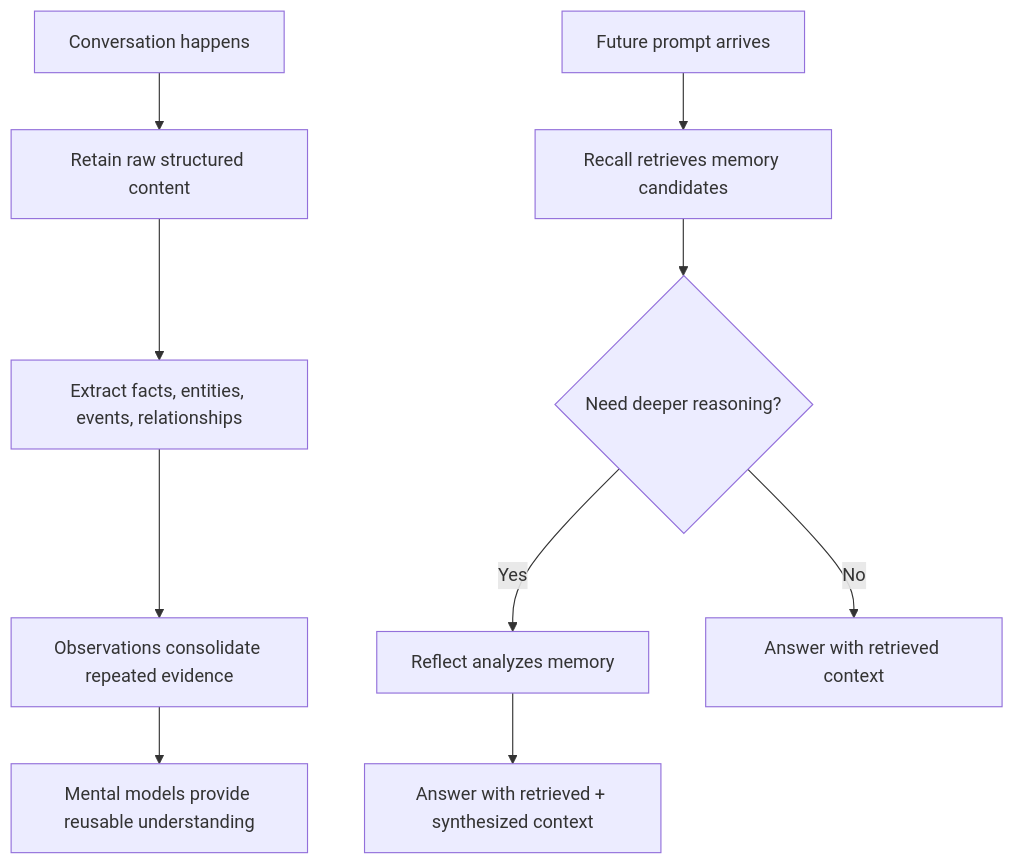
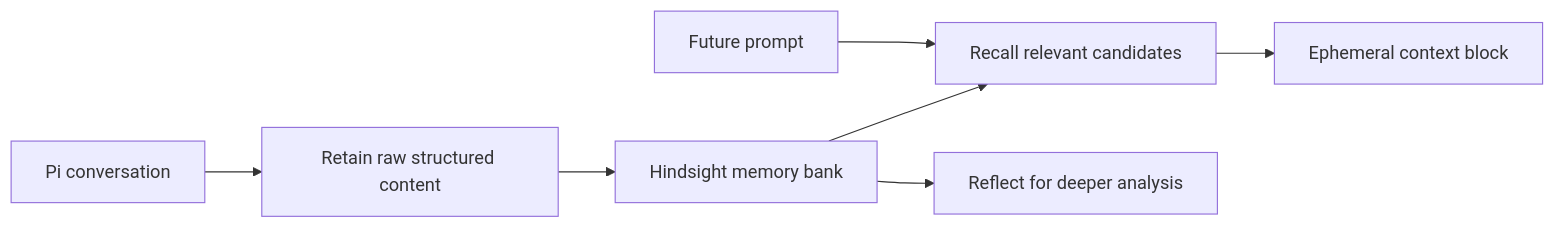
The diagram in README.md (bunnyfu/pi-hindsight), drawn with Mermaid before and after one commit. The commit also changed other lines of this file and 7 other files, not shown here.

````diff
--- a/README.md
+++ b/README.md
@@ -55,12 +30,9 @@
 ```mermaid
-flowchart TD
-  A[Conversation happens] --> B[Retain raw structured content]
-  B --> C[Extract facts, entities, events, relationships]
-  C --> D[Observations consolidate repeated evidence]
-  D --> E[Mental models provide reusable understanding]
-  F[Future prompt arrives] --> G[Recall retrieves memory candidates]
-  G --> H{Need deeper reasoning?}
-  H -- Yes --> I[Reflect analyzes memory]
-  H -- No --> J[Answer with retrieved context]
-  I --> K[Answer with retrieved + synthesized context]
+flowchart LR
+  A[Pi conversation] --> B[Retain raw structured content]
+  B --> C[Hindsight memory bank]
+  D[Future prompt] --> E[Recall relevant candidates]
+  E --> F[Ephemeral context block]
+  C --> E
+  C --> G[Reflect for deeper analysis]
 ```
````
